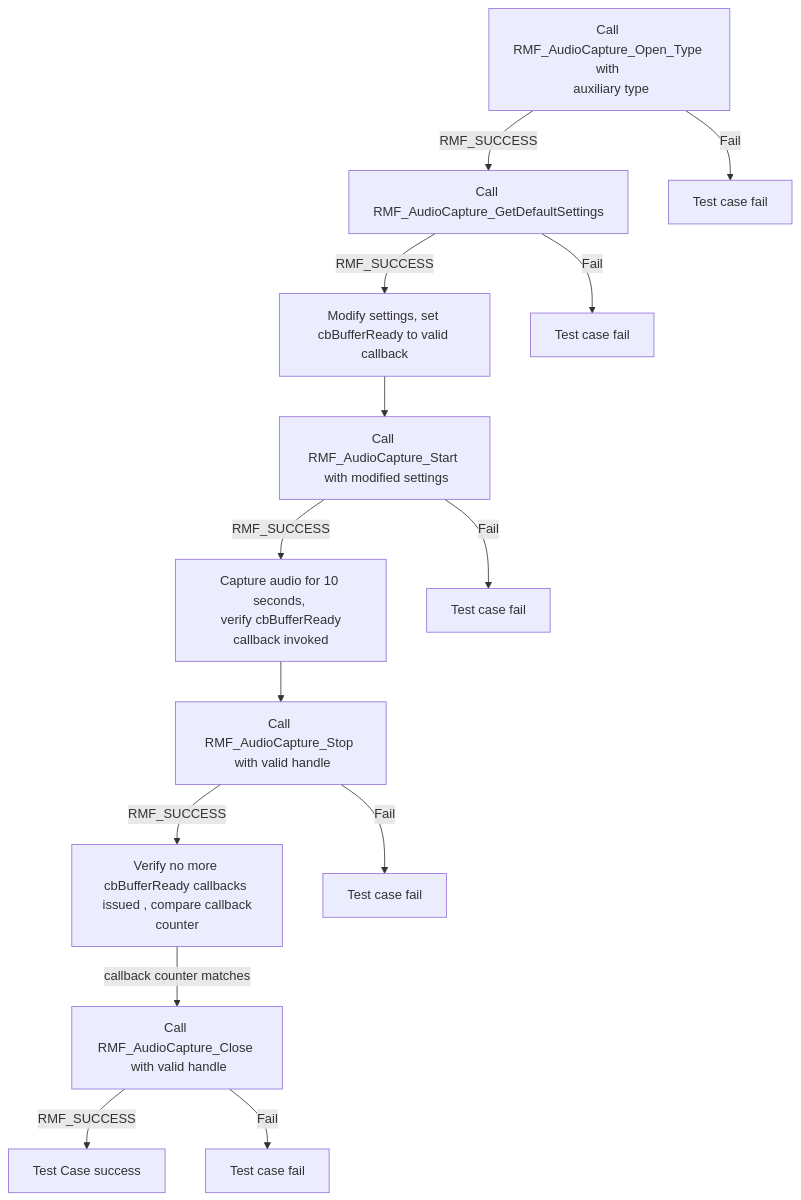
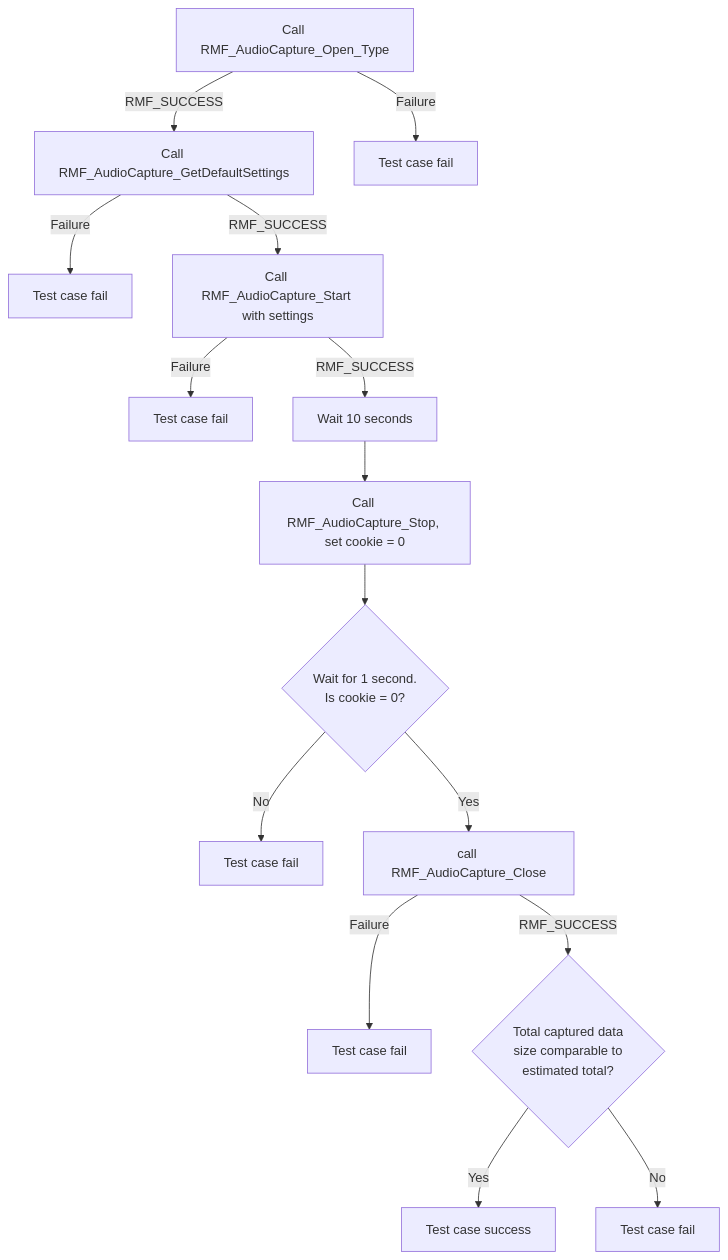
One commit to rdkcentral/rdk-halif-test-rmf_audio_capture changed the second of 3 diagrams in docs/pages/rmfAudioCapture_L2_Low-Level_TestSpecification.md. Above: the diagram before and after it, drawn with Mermaid. The commit also changed other lines of this file and 1 other file, not shown here.

Commit message:
RDK-51420 : Updated L2 test spec and implementation

````diff
--- a/docs/pages/rmfAudioCapture_L2_Low-Level_TestSpecification.md
+++ b/docs/pages/rmfAudioCapture_L2_Low-Level_TestSpecification.md
@@ -123,16 +127,17 @@
 ```mermaid
 flowchart TD
-    A[Call RMF_AudioCapture_Open_Type with <br> auxiliary type] -->|RMF_SUCCESS| B[Call RMF_AudioCapture_GetDefaultSettings]
-    A -->|Fail| A_Fail[Test case fail]
-    B -->|RMF_SUCCESS| D[Modify settings, set cbBufferReady to valid callback]
-    B -->|Fail| B_Fail[Test case fail]
-    D --> E[Call RMF_AudioCapture_Start <br> with modified settings]
-    E -->|RMF_SUCCESS| F[Capture audio for 10 seconds, <br> verify cbBufferReady callback invoked]
-    E -->|Fail| E_Fail[Test case fail]
-    F --> G[Call RMF_AudioCapture_Stop <br> with valid handle]
-    G -->|RMF_SUCCESS| H[Verify no more cbBufferReady callbacks <br> issued , compare callback counter]
-    G -->|Fail| G_Fail[Test case fail]
-    H -->|callback counter matches|I[Call RMF_AudioCapture_Close <br> with valid handle]
-    I -->|RMF_SUCCESS| J[Test Case success]
-    I -->|Fail| I_Fail[Test case fail]
-```
+    A[Call RMF_AudioCapture_Open_Type] -->|RMF_SUCCESS| B[Call RMF_AudioCapture_GetDefaultSettings]
+    A -->|Failure| A1[Test case fail]
+    B -->|Failure| B1[Test case fail]
+    B -->|RMF_SUCCESS| B2[Call RMF_AudioCapture_Start with settings]
+    B2 --> |Failure| B3[Test case fail]
+    B2 -->|RMF_SUCCESS| C[Wait 10 seconds]
+    C --> D[Call RMF_AudioCapture_Stop, set cookie = 0]
+    D --> DCW{Wait for 1 second. <br> Is cookie = 0?}
+    DCW --> |No| DCF[Test case fail]
+    DCW --> |Yes|E[call RMF_AudioCapture_Close]
+    E --> |Failure| E1[Test case fail]
+    E -->|RMF_SUCCESS| F{Total captured data <br> size comparable to <br> estimated total?}
+    F -->|Yes| G[Test case success]
+    F -->|No| F1[Test case fail]
+```  
````
